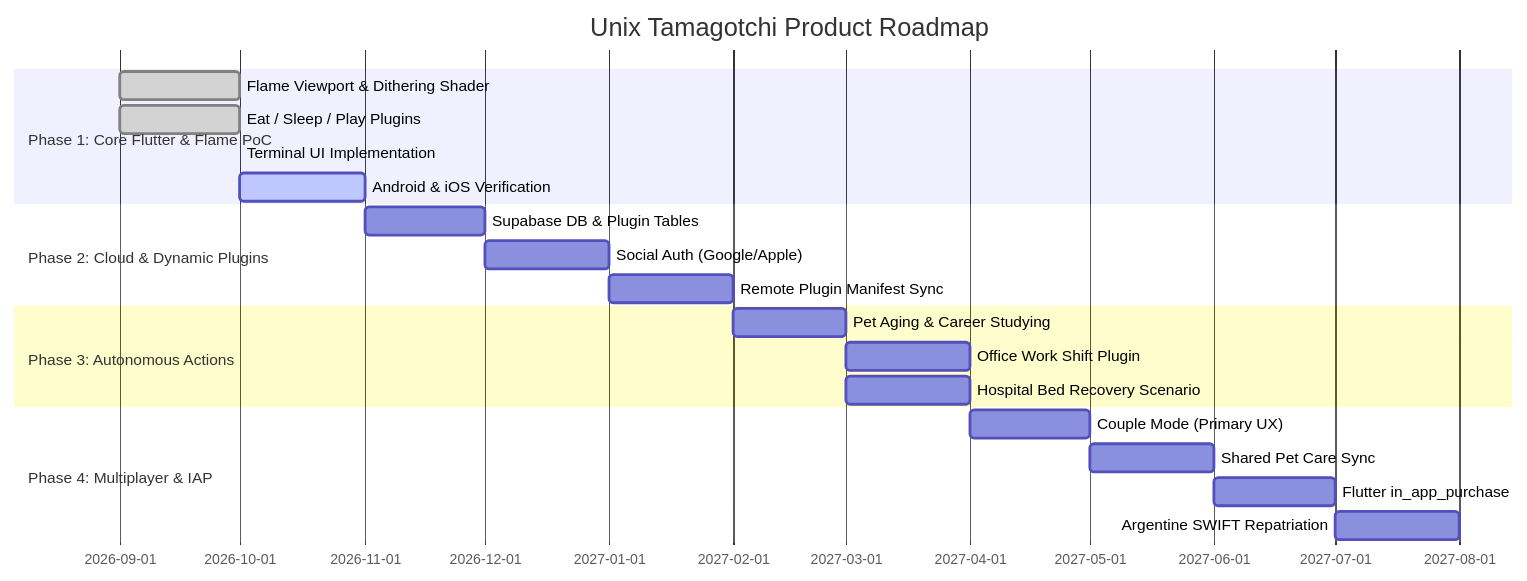
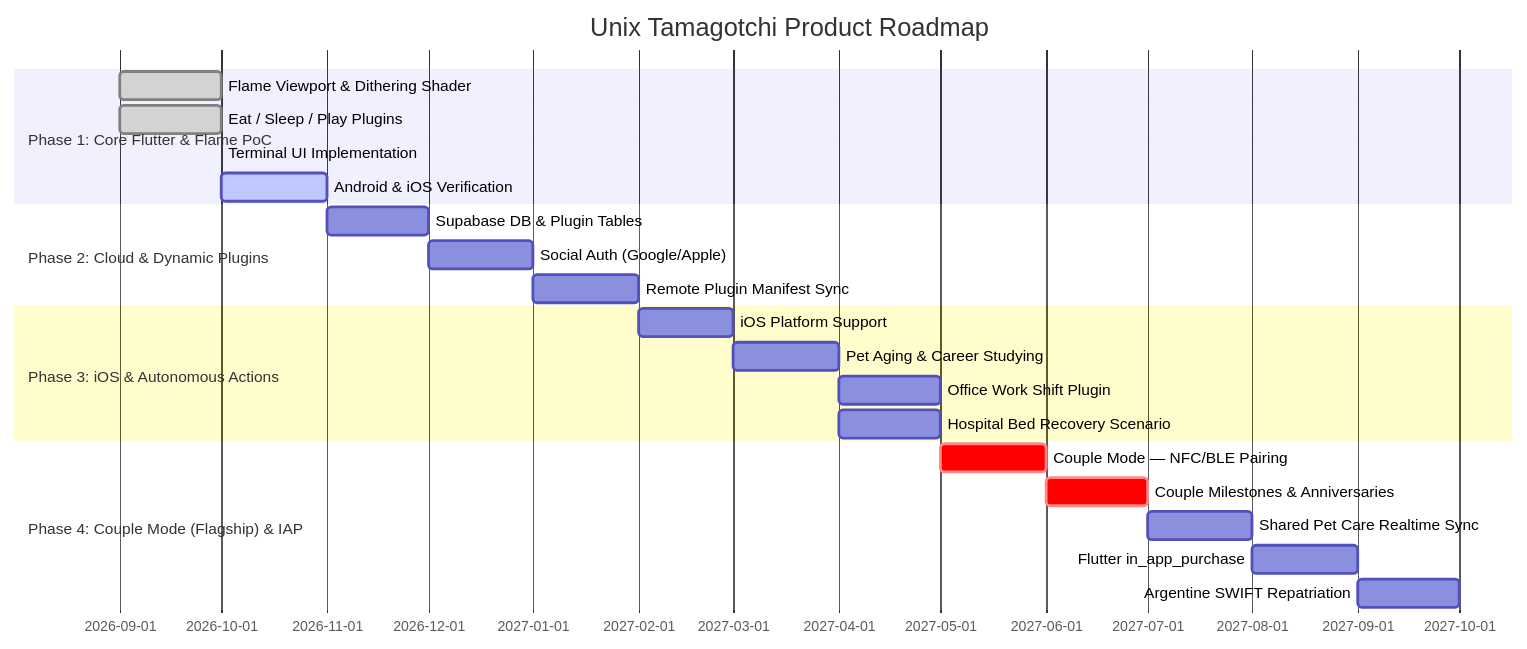
The diagram in Documentation/Features/04-poc-scope-and-future-roadmap.md (TheMrCorvy/HATCH.REF), drawn with Mermaid before and after one commit. The commit also changed other lines of this file and 11 other files, not shown here.

````diff
--- a/Documentation/Features/04-poc-scope-and-future-roadmap.md
+++ b/Documentation/Features/04-poc-scope-and-future-roadmap.md
@@ -30,26 +30,28 @@
 ```mermaid
 gantt
     title Unix Tamagotchi Product Roadmap
     dateFormat  YYYY-MM
     section Phase 1: Core Flutter & Flame PoC
     Flame Viewport & Dithering Shader :done, p1_1, 2026-09, 2026-10
     Eat / Sleep / Play Plugins       :done, p1_2, 2026-09, 2026-10
     Terminal UI Implementation       :done, p1_3, 2026-10, 2026-10
     Android & iOS Verification       :active, p1_4, 2026-10, 2026-11
 
     section Phase 2: Cloud & Dynamic Plugins
     Supabase DB & Plugin Tables      :p2_1, 2026-11, 2026-12
     Social Auth (Google/Apple)       :p2_2, 2026-12, 2027-01
     Remote Plugin Manifest Sync      :p2_3, 2027-01, 2027-02
 
-    section Phase 3: Autonomous Actions
-    Pet Aging & Career Studying      :p3_1, 2027-02, 2027-03
-    Office Work Shift Plugin         :p3_2, 2027-03, 2027-04
-    Hospital Bed Recovery Scenario   :p3_3, 2027-03, 2027-04
+    section Phase 3: iOS & Autonomous Actions
+    iOS Platform Support             :p3_0, 2027-02, 2027-03
+    Pet Aging & Career Studying      :p3_1, 2027-03, 2027-04
+    Office Work Shift Plugin         :p3_2, 2027-04, 2027-05
+    Hospital Bed Recovery Scenario   :p3_3, 2027-04, 2027-05
 
-    section Phase 4: Multiplayer & IAP
-    Couple Mode (Primary UX)         :p4_1, 2027-04, 2027-05
-    Shared Pet Care Sync             :p4_2, 2027-05, 2027-06
-    Flutter in_app_purchase          :p4_3, 2027-06, 2027-07
-    Argentine SWIFT Repatriation     :p4_4, 2027-07, 2027-08
+    section Phase 4: Couple Mode (Flagship) & IAP
+    Couple Mode — NFC/BLE Pairing    :crit, p4_0, 2027-05, 2027-06
+    Couple Milestones & Anniversaries :crit, p4_1, 2027-06, 2027-07
+    Shared Pet Care Realtime Sync    :p4_2, 2027-07, 2027-08
+    Flutter in_app_purchase          :p4_3, 2027-08, 2027-09
+    Argentine SWIFT Repatriation     :p4_4, 2027-09, 2027-10
 ```
````
